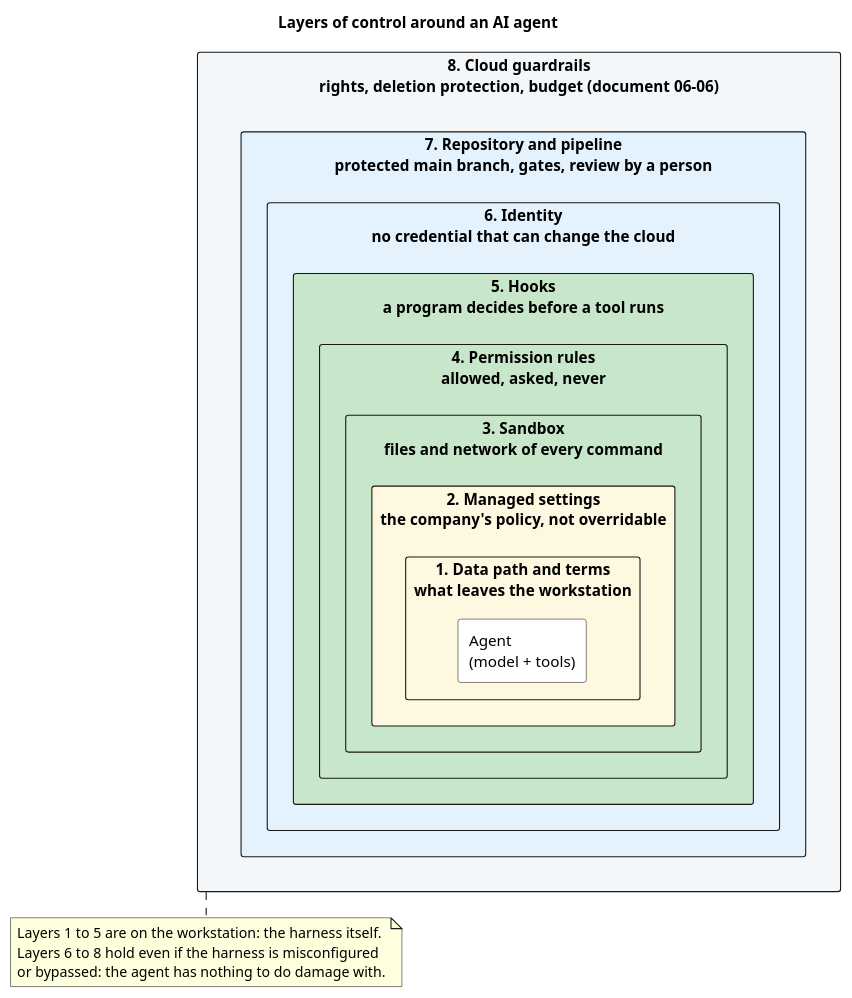
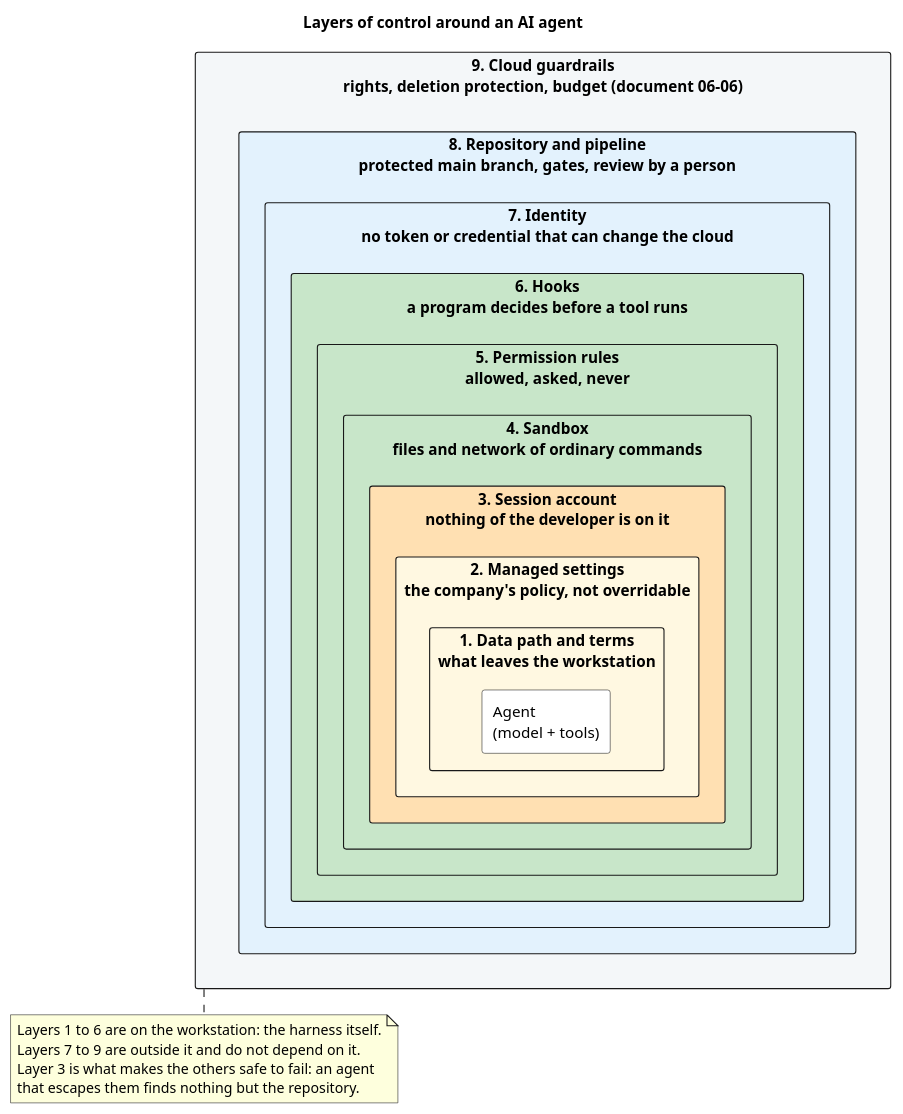
The diagram in doc/2-spec/08-engineering-workflow/diagrams/harness-layers.puml (AxeloLabs/alten-commerce-platform), drawn with PlantUML before and after one commit. The commit also changed 33 other files, not shown here.

```diff
--- a/doc/2-spec/08-engineering-workflow/diagrams/harness-layers.puml
+++ b/doc/2-spec/08-engineering-workflow/diagrams/harness-layers.puml
@@ -1,29 +1,32 @@
 @startuml
 title Layers of control around an AI agent
 
 skinparam componentStyle rectangle
 
-rectangle "8. Cloud guardrails\nrights, deletion protection, budget (document 06-06)" as L8 #F4F7F9 {
-  rectangle "7. Repository and pipeline\nprotected main branch, gates, review by a person" as L7 #E3F2FD {
-    rectangle "6. Identity\nno credential that can change the cloud" as L6 #E3F2FD {
-      rectangle "5. Hooks\na program decides before a tool runs" as L5 #C8E6C9 {
-        rectangle "4. Permission rules\nallowed, asked, never" as L4 #C8E6C9 {
-          rectangle "3. Sandbox\nfiles and network of every command" as L3 #C8E6C9 {
-            rectangle "2. Managed settings\nthe company's policy, not overridable" as L2 #FFF8E1 {
-              rectangle "1. Data path and terms\nwhat leaves the workstation" as L1 #FFF8E1 {
-                component "Agent\n(model + tools)" as A #FFFFFF
+rectangle "9. Cloud guardrails\nrights, deletion protection, budget (document 06-06)" as L9 #F4F7F9 {
+  rectangle "8. Repository and pipeline\nprotected main branch, gates, review by a person" as L8 #E3F2FD {
+    rectangle "7. Identity\nno token or credential that can change the cloud" as L7 #E3F2FD {
+      rectangle "6. Hooks\na program decides before a tool runs" as L6 #C8E6C9 {
+        rectangle "5. Permission rules\nallowed, asked, never" as L5 #C8E6C9 {
+          rectangle "4. Sandbox\nfiles and network of ordinary commands" as L4 #C8E6C9 {
+            rectangle "3. Session account\nnothing of the developer is on it" as L3 #FFE0B2 {
+              rectangle "2. Managed settings\nthe company's policy, not overridable" as L2 #FFF8E1 {
+                rectangle "1. Data path and terms\nwhat leaves the workstation" as L1 #FFF8E1 {
+                  component "Agent\n(model + tools)" as A #FFFFFF
+                }
               }
             }
           }
         }
       }
     }
   }
 }
 
-note bottom of L8
-  Layers 1 to 5 are on the workstation: the harness itself.
-  Layers 6 to 8 hold even if the harness is misconfigured
-  or bypassed: the agent has nothing to do damage with.
+note bottom of L9
+  Layers 1 to 6 are on the workstation: the harness itself.
+  Layers 7 to 9 are outside it and do not depend on it.
+  Layer 3 is what makes the others safe to fail: an agent
+  that escapes them finds nothing but the repository.
 end note
 @enduml
```
